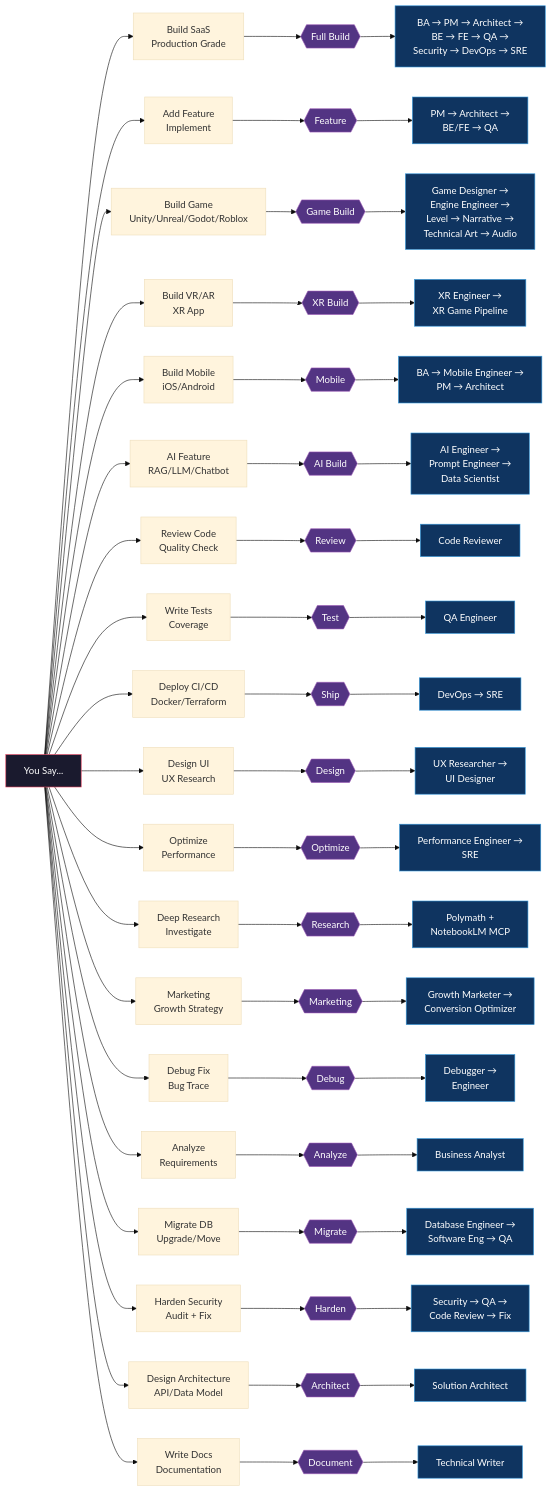
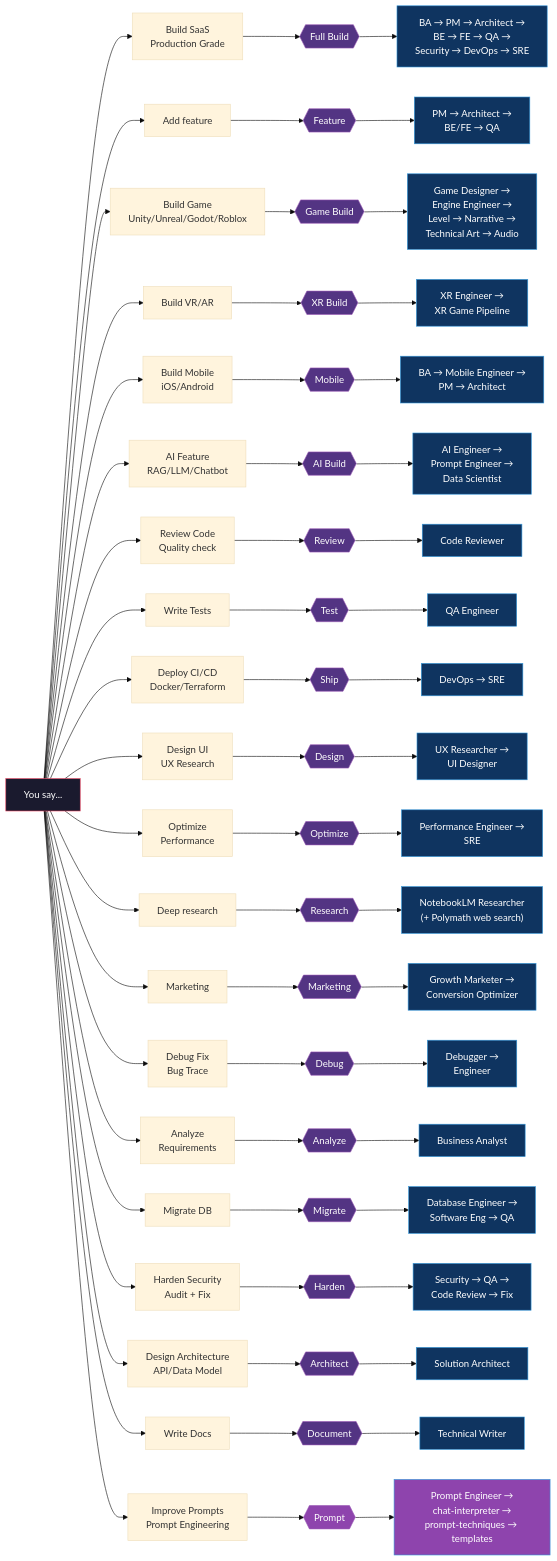
Diagram 14 of 15 in README.md (Exia-thd/Digital-Nervous), drawn with Mermaid (base theme) before and after one commit. The commit also changed other lines of this file and 360 other files, not shown here.

````diff
--- a/README.md
+++ b/README.md
@@ -596,26 +677,27 @@
 ```mermaid
 flowchart LR
-    INPUT["You Say..."]
+    INPUT["You say..."]
 
     INPUT --> F1["Build SaaS<br/>Production Grade"]
-    INPUT --> F2["Add Feature<br/>Implement"]
+    INPUT --> F2["Add feature"]
     INPUT --> F3["Build Game<br/>Unity/Unreal/Godot/Roblox"]
-    INPUT --> F4["Build VR/AR<br/>XR App"]
+    INPUT --> F4["Build VR/AR"]
     INPUT --> F5["Build Mobile<br/>iOS/Android"]
     INPUT --> F6["AI Feature<br/>RAG/LLM/Chatbot"]
-    INPUT --> F7["Review Code<br/>Quality Check"]
-    INPUT --> F8["Write Tests<br/>Coverage"]
+    INPUT --> F7["Review Code<br/>Quality check"]
+    INPUT --> F8["Write Tests"]
     INPUT --> F9["Deploy CI/CD<br/>Docker/Terraform"]
     INPUT --> F10["Design UI<br/>UX Research"]
     INPUT --> F11["Optimize<br/>Performance"]
-    INPUT --> F12["Deep Research<br/>Investigate"]
-    INPUT --> F13["Marketing<br/>Growth Strategy"]
+    INPUT --> F12["Deep research"]
+    INPUT --> F13["Marketing"]
     INPUT --> F14["Debug Fix<br/>Bug Trace"]
     INPUT --> F15["Analyze<br/>Requirements"]
-    INPUT --> F16["Migrate DB<br/>Upgrade/Move"]
+    INPUT --> F16["Migrate DB"]
     INPUT --> F17["Harden Security<br/>Audit + Fix"]
     INPUT --> F18["Design Architecture<br/>API/Data Model"]
-    INPUT --> F19["Write Docs<br/>Documentation"]
+    INPUT --> F19["Write Docs"]
+    INPUT --> F20["Improve Prompts<br/>Prompt Engineering"]
 
     F1 --> M1{{"Full Build"}}
     F2 --> M2{{"Feature"}}
@@ -636,6 +718,7 @@
     F17 --> M17{{"Harden"}}
     F18 --> M18{{"Architect"}}
     F19 --> M19{{"Document"}}
+    F20 --> M20{{"Prompt"}}
 
     M1 --> SK1["BA → PM → Architect →<br/>BE → FE → QA →<br/>Security → DevOps → SRE"]
     M2 --> SK2["PM → Architect →<br/>BE/FE → QA"]
@@ -648,7 +731,7 @@
     M9 --> SK9["DevOps → SRE"]
     M10 --> SK10["UX Researcher →<br/>UI Designer"]
     M11 --> SK11["Performance Engineer →<br/>SRE"]
-    M12 --> SK12["Polymath +<br/>NotebookLM MCP"]
+    M12 --> SK12["NotebookLM Researcher\n(+ Polymath web search)"]
     M13 --> SK13["Growth Marketer →<br/>Conversion Optimizer"]
     M14 --> SK14["Debugger →<br/>Engineer"]
     M15 --> SK15["Business Analyst"]
@@ -656,6 +739,7 @@
     M17 --> SK17["Security → QA →<br/>Code Review → Fix"]
     M18 --> SK18["Solution Architect"]
     M19 --> SK19["Technical Writer"]
+    M20 --> SK20["Prompt Engineer →<br/>chat-interpreter →<br/>prompt-techniques → templates"]
 
     style INPUT fill:#1a1a2e,stroke:#e94560,color:#fff
     style M1 fill:#533483,stroke:#9b59b6,color:#fff
@@ -677,6 +761,7 @@
     style M17 fill:#533483,stroke:#9b59b6,color:#fff
     style M18 fill:#533483,stroke:#9b59b6,color:#fff
     style M19 fill:#533483,stroke:#9b59b6,color:#fff
+    style M20 fill:#8e44ad,stroke:#9b59b6,color:#fff
     style SK1 fill:#0f3460,stroke:#3498db,color:#fff
     style SK2 fill:#0f3460,stroke:#3498db,color:#fff
     style SK3 fill:#0f3460,stroke:#3498db,color:#fff
@@ -696,4 +781,5 @@
     style SK17 fill:#0f3460,stroke:#3498db,color:#fff
     style SK18 fill:#0f3460,stroke:#3498db,color:#fff
     style SK19 fill:#0f3460,stroke:#3498db,color:#fff
+    style SK20 fill:#8e44ad,stroke:#3498db,color:#fff
 ```
````
